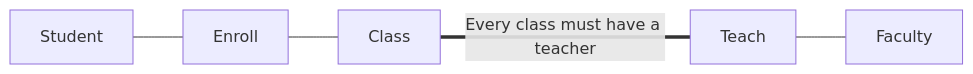
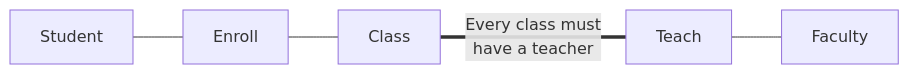
The second of 8 diagrams in DAT2/Relationships.md (tom-pollak/notes), drawn with Mermaid before and after one commit. The commit also changed other lines of this file and 4 other files, not shown here.

````diff
--- a/DAT2/Relationships.md
+++ b/DAT2/Relationships.md
@@ -48,5 +48,5 @@
 ```mermaid
 graph LR
 Student --- Enroll --- Class
-Class == Every class must have a teacher === Teach --- Faculty
+Class === |Every class must<br> have a teacher| Teach --- Faculty
 ```
````
